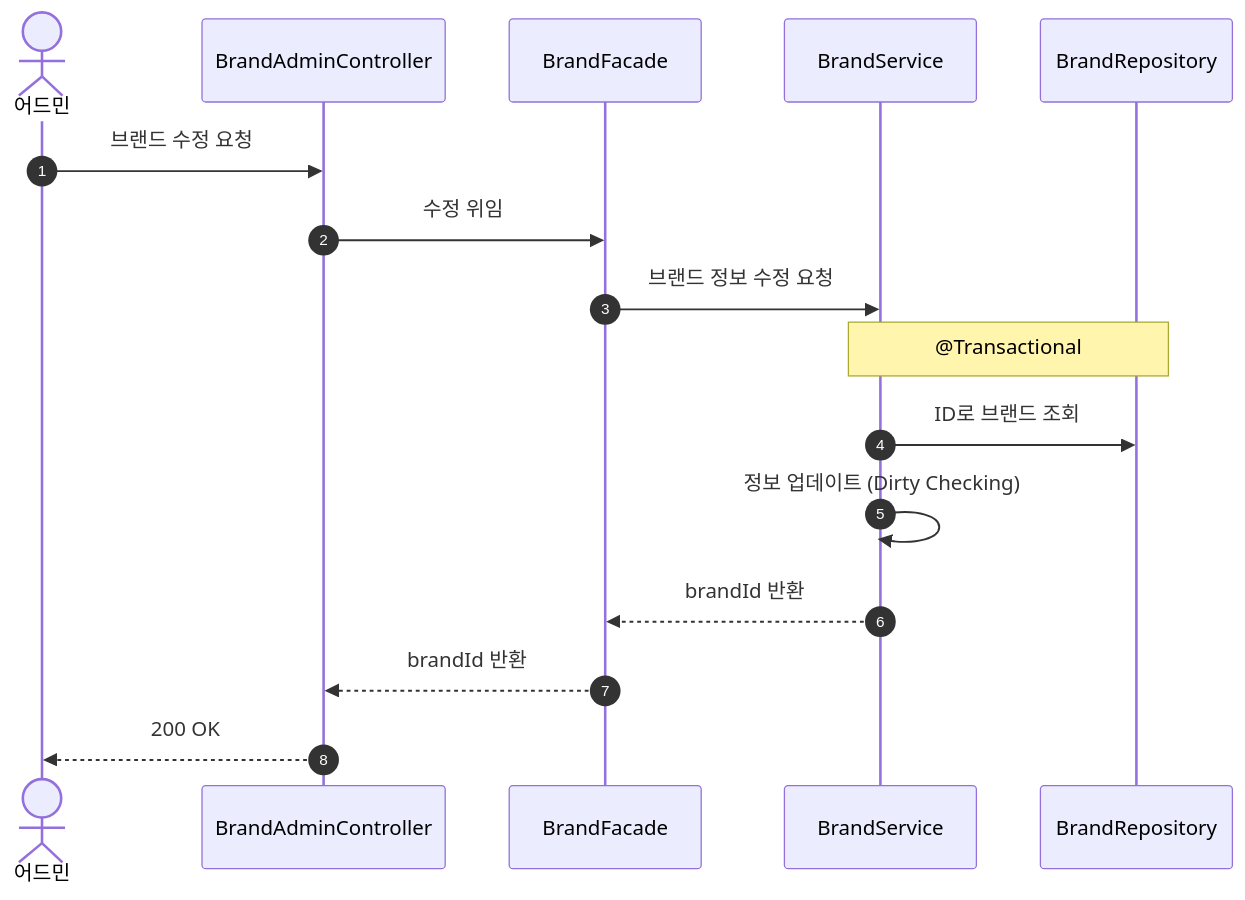
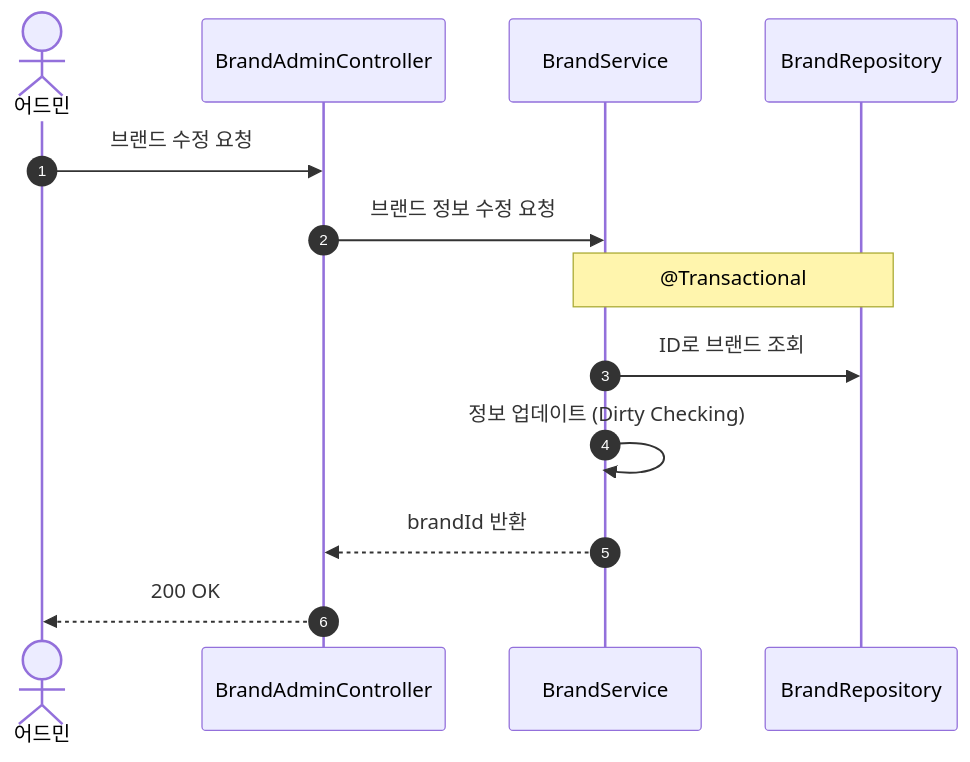
Before and after one commit to Loopers-dev-lab/loop-pack-be-l2-vol3-kotlin: the seventh of 21 diagrams in docs/design-v2/02-sequence-diagrams-v2.md, drawn with Mermaid. The commit also changed other lines of this file and 6 other files, not shown here.

First line of the commit message:
docs: v2 설계 문서 2차 리뷰 반영 — 6건 이슈 해소, 플로우차트·마인드맵 추가

````diff
--- a/docs/design-v2/02-sequence-diagrams-v2.md
+++ b/docs/design-v2/02-sequence-diagrams-v2.md
@@ -186,18 +171,15 @@
 ```mermaid
 sequenceDiagram
     autonumber
     actor Admin as 어드민
     participant C as BrandAdminController
-    participant F as BrandFacade
     participant S as BrandService
     participant R as BrandRepository
     Admin ->> C: 브랜드 수정 요청
-    C ->> F: 수정 위임
-    F ->> S: 브랜드 정보 수정 요청
+    C ->> S: 브랜드 정보 수정 요청
     Note over S, R: @Transactional
     S ->> R: ID로 브랜드 조회
     S ->> S: 정보 업데이트 (Dirty Checking)
-    S -->> F: brandId 반환
-    F -->> C: brandId 반환
+    S -->> C: brandId 반환
     C -->> Admin: 200 OK
 ```
````
